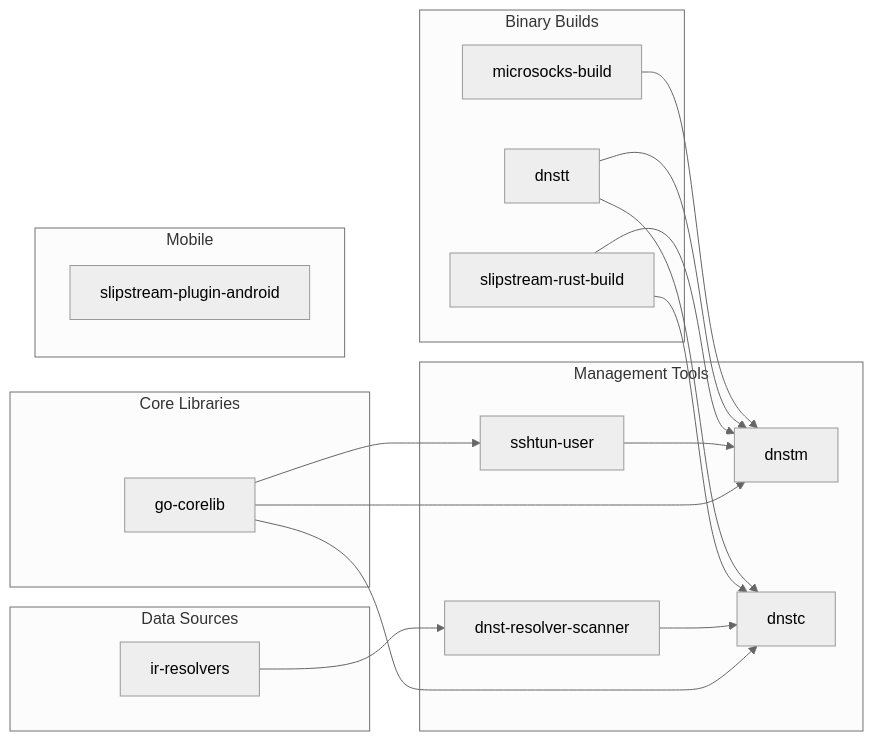
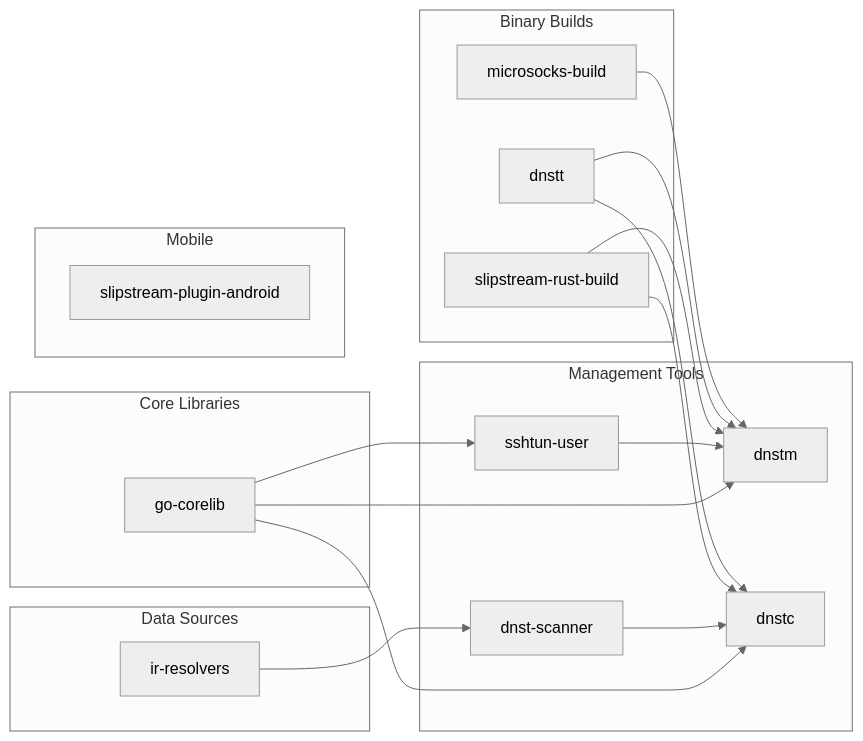
Before and after one commit to net2share/.github: the third of 3 diagrams in profile/README.md, drawn with Mermaid (neutral theme). The commit also changed other lines of this file, not shown here.

Commit message:
docs: rename dnst-resolver-scanner to dnst-scanner

````diff
--- a/profile/README.md
+++ b/profile/README.md
@@ -253,39 +253,39 @@
 ```mermaid
 flowchart LR
     subgraph core["Core Libraries"]
         A[go-corelib]
     end
 
     subgraph tools["Management Tools"]
         B[dnstm]
         B2[dnstc]
         C[sshtun-user]
-        D[dnst-resolver-scanner]
+        D[dnst-scanner]
     end
 
     subgraph data["Data Sources"]
         E[ir-resolvers]
     end
 
     subgraph builds["Binary Builds"]
         F[slipstream-rust-build]
         G[dnstt]
         H[microsocks-build]
     end
 
     subgraph mobile["Mobile"]
         I[slipstream-plugin-android]
     end
 
     A --> B
     A --> B2
     A --> C
     C --> B
     E --> D
     D --> B2
     F --> B
     F --> B2
     G --> B
     G --> B2
     H --> B
 ```
````
